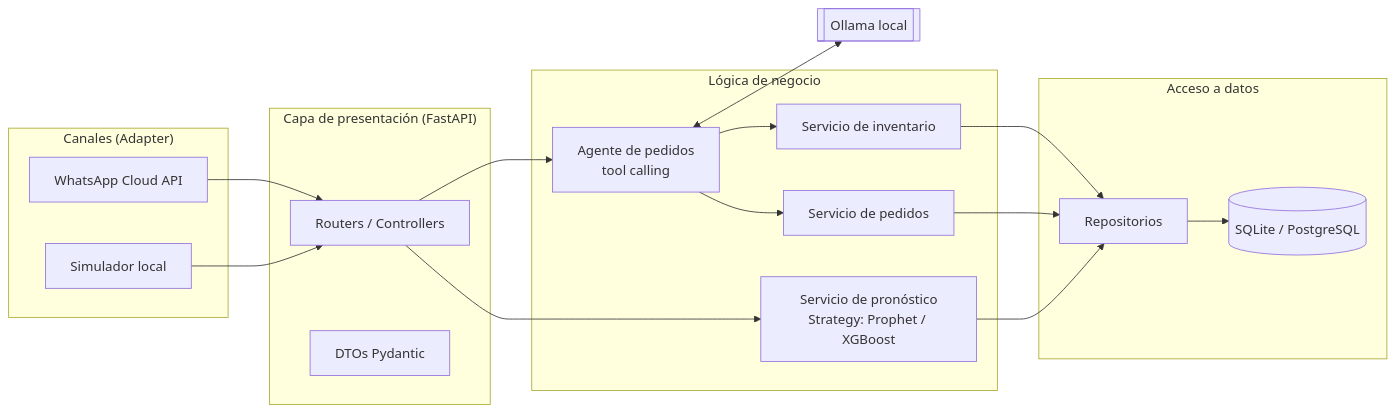
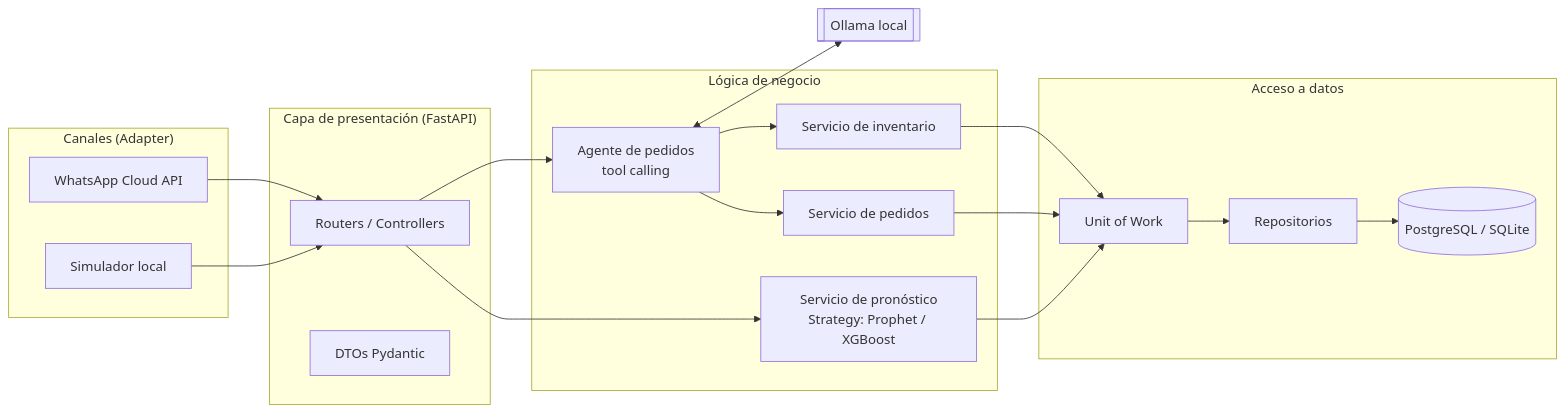
One commit to Santiagomc26/Restaurant-ops-agent changed the first of 2 diagrams in README.md. Above: the diagram before and after it, drawn with Mermaid. The commit also changed other lines of this file and 22 other files, not shown here.

Commit message:
feat(db): add PostgreSQL compose setup, domain models, repositories and unit of work

````diff
--- a/README.md
+++ b/README.md
@@ -28,38 +28,40 @@
 ```mermaid
 flowchart LR
     subgraph Canales["Canales (Adapter)"]
         WA[WhatsApp Cloud API]
         SIM[Simulador local]
     end
 
     subgraph API["Capa de presentación (FastAPI)"]
         R[Routers / Controllers]
         DTO[DTOs Pydantic]
     end
 
     subgraph Servicios["Lógica de negocio"]
         AG[Agente de pedidos<br/>tool calling]
         INV[Servicio de inventario]
         ORD[Servicio de pedidos]
         FC[Servicio de pronóstico<br/>Strategy: Prophet / XGBoost]
     end
 
     subgraph Datos["Acceso a datos"]
+        UOW[Unit of Work]
         REPO[Repositorios]
-        DB[(SQLite / PostgreSQL)]
+        DB[(PostgreSQL / SQLite)]
     end
 
     LLM[[Ollama local]]
 
     WA --> R
     SIM --> R
     R --> AG
     AG <--> LLM
     AG --> INV
     AG --> ORD
     R --> FC
-    INV --> REPO
-    ORD --> REPO
-    FC --> REPO
+    INV --> UOW
+    ORD --> UOW
+    FC --> UOW
+    UOW --> REPO
     REPO --> DB
 ```
````
